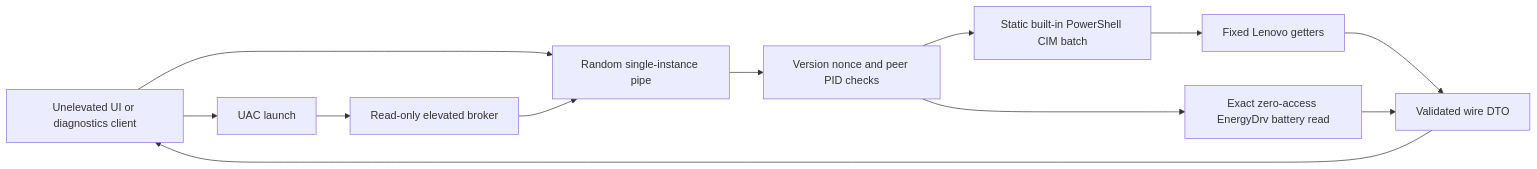
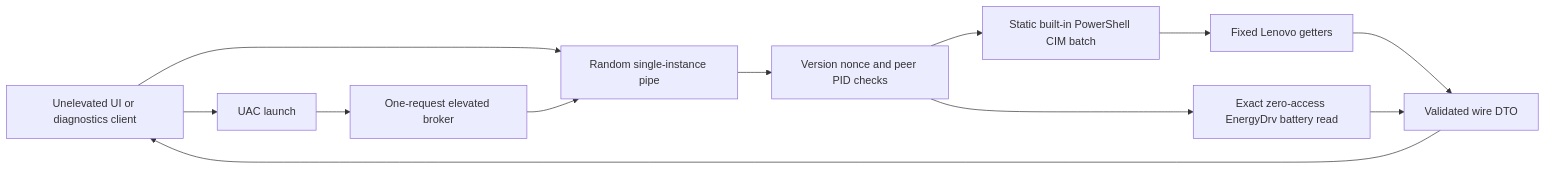
Before and after one commit to Anandb71/Legion-LOQ-control: the fourth of 7 diagrams in docs/ARCHITECTURE.md, drawn with Mermaid. The commit also changed other lines of this file and 18 other files, not shown here.

````diff
--- a/docs/ARCHITECTURE.md
+++ b/docs/ARCHITECTURE.md
@@ -110,14 +110,14 @@
 ```mermaid
 flowchart LR
     Client[Unelevated UI or diagnostics client] --> Pipe[Random single-instance pipe]
     Client --> Uac[UAC launch]
-    Uac --> Broker[Read-only elevated broker]
+    Uac --> Broker[One-request elevated broker]
     Broker --> Pipe
     Pipe --> Validate[Version nonce and peer PID checks]
     Validate --> CimBatch[Static built-in PowerShell CIM batch]
     Validate --> EnergyRead[Exact zero-access EnergyDrv battery read]
     CimBatch --> Getters[Fixed Lenovo getters]
     Getters --> Wire[Validated wire DTO]
     EnergyRead --> Wire
     Wire --> Client
 ```
````
